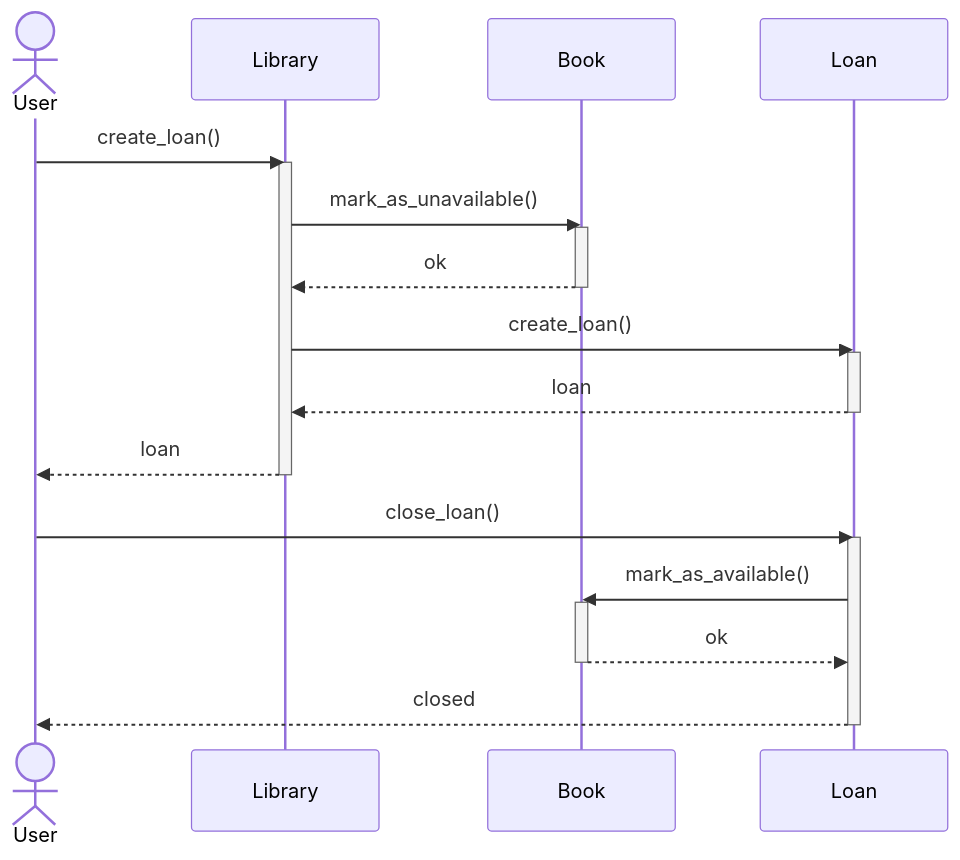
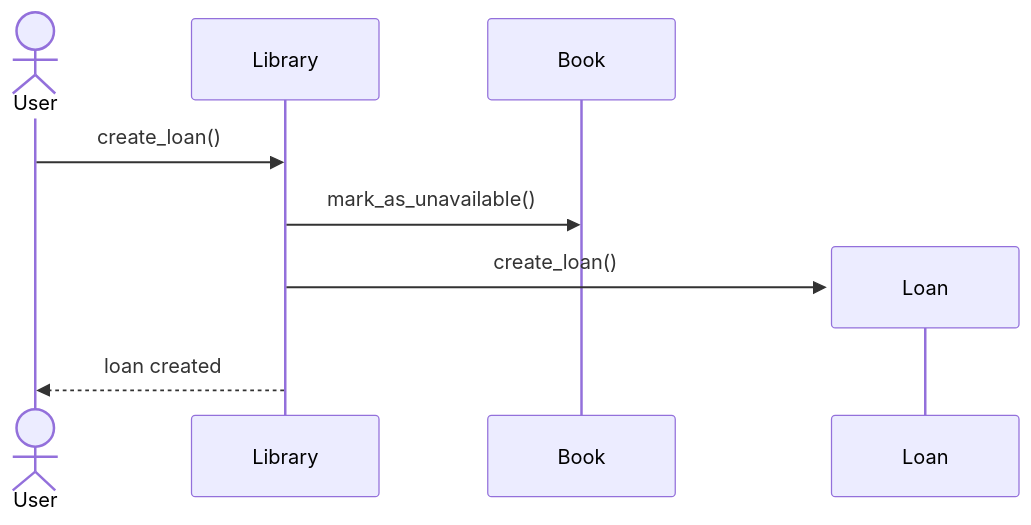
The diagram in uml_intro/1-sequence_diagram.mmd (Liorwa0/holbertonschool-sw_design_architecture), drawn with Mermaid before and after one commit.

Commit message:
Update sequence diagram to match exact task requirements

```diff
--- a/uml_intro/1-sequence_diagram.mmd
+++ b/uml_intro/1-sequence_diagram.mmd
@@ -1,27 +1,10 @@
 sequenceDiagram
     actor User
     participant Library
     participant Book
-    participant Loan
 
     User->>Library: create_loan()
-    activate Library
     Library->>Book: mark_as_unavailable()
-    activate Book
-    Book-->>Library: ok
-    deactivate Book
+    create participant Loan
     Library->>Loan: create_loan()
-    activate Loan
-    Loan-->>Library: loan
-    deactivate Loan
-    Library-->>User: loan
-    deactivate Library
-
-    User->>Loan: close_loan()
-    activate Loan
-    Loan->>Book: mark_as_available()
-    activate Book
-    Book-->>Loan: ok
-    deactivate Book
-    Loan-->>User: closed
-    deactivate Loan
+    Library-->>User: loan created
```
